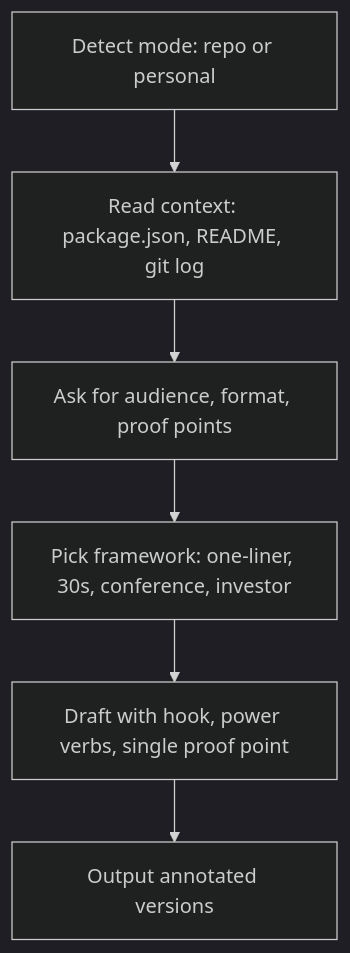
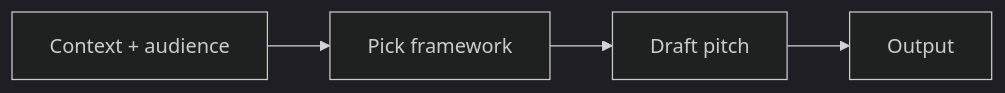
The first of 3 diagrams in plugins/empire-product/README.md (marcoskichel/elevator-pitch-skill), drawn with Mermaid (dark theme) before and after one commit. The commit also changed other lines of this file and 5 other files, not shown here.

First line of the commit message:
docs: simplify per-skill diagrams to horizontal high-level flow

````diff
--- a/plugins/empire-product/README.md
+++ b/plugins/empire-product/README.md
@@ -28,8 +28,6 @@
 ```mermaid
-flowchart TD
-  ask[Detect mode: repo or personal] --> context[Read context: package.json, README, git log]
-  context --> gaps[Ask for audience, format, proof points]
-  gaps --> framework[Pick framework: one-liner, 30s, conference, investor]
-  framework --> draft[Draft with hook, power verbs, single proof point]
-  draft --> output[Output annotated versions]
+flowchart LR
+  context[Context + audience] --> framework[Pick framework]
+  framework --> draft[Draft pitch]
+  draft --> output[Output]
 ```
````
